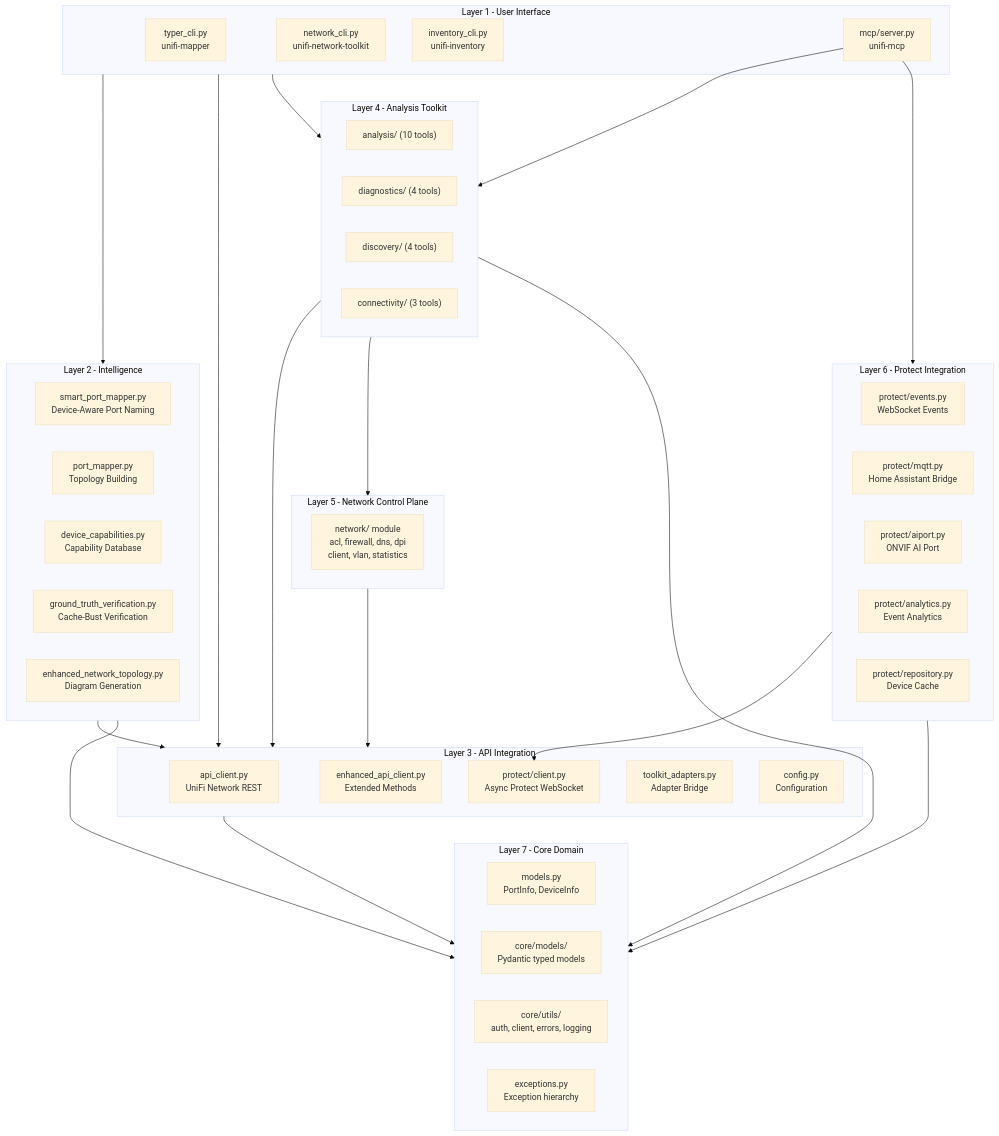
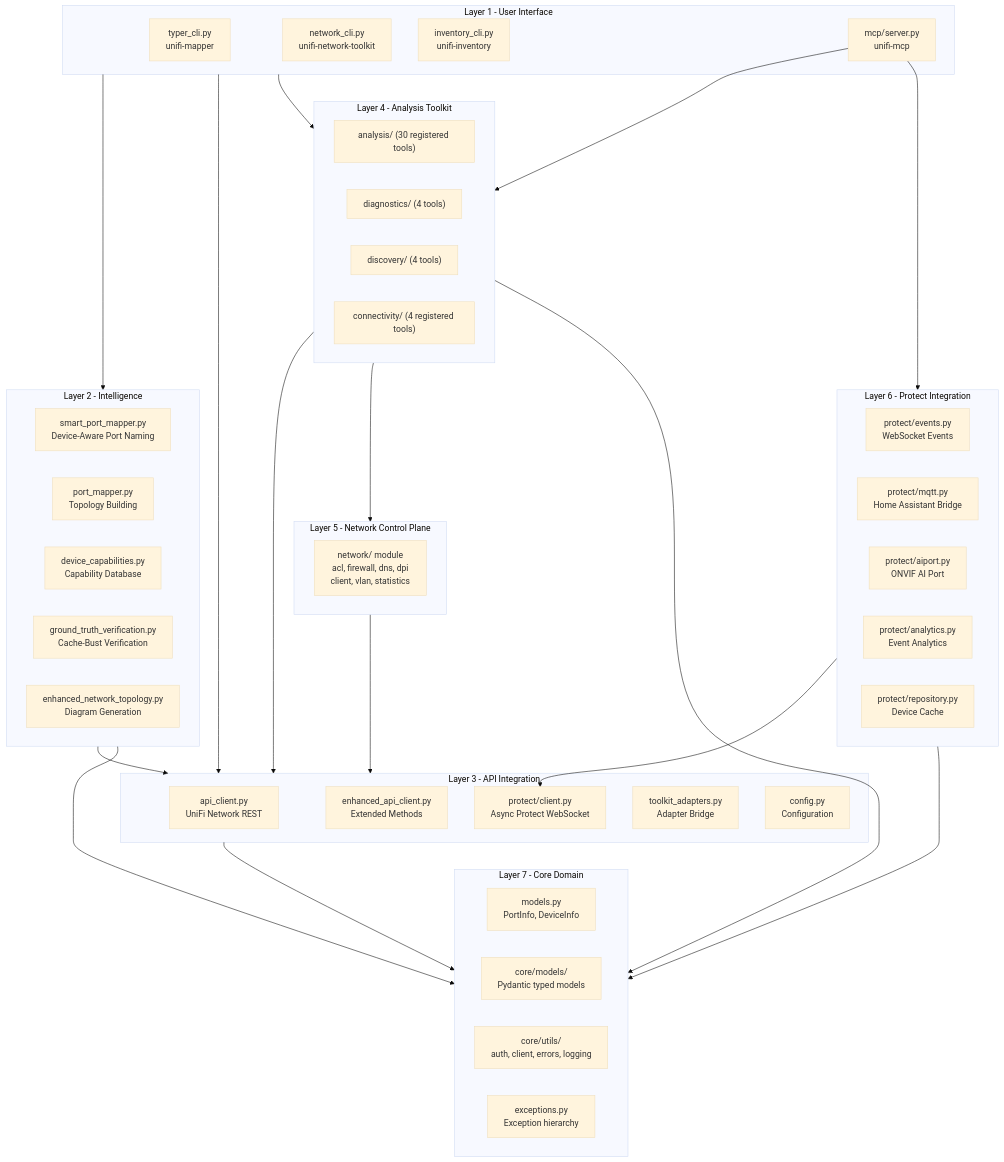
Before and after one commit to NetDevAutomate/unifi_management_cli: the first of 17 diagrams in docs/architecture/architecture-overview.md, drawn with Mermaid (base theme). The commit also changed other lines of this file and 14 other files, not shown here.

````diff
--- a/docs/architecture/architecture-overview.md
+++ b/docs/architecture/architecture-overview.md
@@ -53,66 +53,66 @@
 ```mermaid
 graph TB
     subgraph UI["Layer 1 - User Interface"]
         TC["typer_cli.py\nunifi-mapper"]
         NC["network_cli.py\nunifi-network-toolkit"]
         IC["inventory_cli.py\nunifi-inventory"]
         MCP["mcp/server.py\nunifi-mcp"]
     end
 
     subgraph INT["Layer 2 - Intelligence"]
         SPM["smart_port_mapper.py\nDevice-Aware Port Naming"]
         PM["port_mapper.py\nTopology Building"]
         DC["device_capabilities.py\nCapability Database"]
         GTV["ground_truth_verification.py\nCache-Bust Verification"]
         NT["enhanced_network_topology.py\nDiagram Generation"]
     end
 
     subgraph API["Layer 3 - API Integration"]
         AC["api_client.py\nUniFi Network REST"]
         EAC["enhanced_api_client.py\nExtended Methods"]
         PC["protect/client.py\nAsync Protect WebSocket"]
         TA["toolkit_adapters.py\nAdapter Bridge"]
         CFG["config.py\nConfiguration"]
     end
 
     subgraph AT["Layer 4 - Analysis Toolkit"]
-        AN["analysis/ (10 tools)"]
+        AN["analysis/ (30 registered tools)"]
         DG["diagnostics/ (4 tools)"]
         DS["discovery/ (4 tools)"]
-        CN["connectivity/ (3 tools)"]
+        CN["connectivity/ (4 registered tools)"]
     end
 
     subgraph NCP["Layer 5 - Network Control Plane"]
         NW["network/ module\nacl, firewall, dns, dpi\nclient, vlan, statistics"]
     end
 
     subgraph PR["Layer 6 - Protect Integration"]
         PE["protect/events.py\nWebSocket Events"]
         PQ["protect/mqtt.py\nHome Assistant Bridge"]
         PAI["protect/aiport.py\nONVIF AI Port"]
         PAN["protect/analytics.py\nEvent Analytics"]
         PRE["protect/repository.py\nDevice Cache"]
     end
 
     subgraph CD["Layer 7 - Core Domain"]
         MD["models.py\nPortInfo, DeviceInfo"]
         CM["core/models/\nPydantic typed models"]
         CU["core/utils/\nauth, client, errors, logging"]
         EX["exceptions.py\nException hierarchy"]
     end
 
     UI --> INT
     UI --> API
     UI --> AT
     INT --> API
     INT --> CD
     API --> CD
     AT --> API
     AT --> NCP
     AT --> CD
     NCP --> API
     PR --> PC
     PR --> CD
     MCP --> AT
     MCP --> PR
 ```
````
